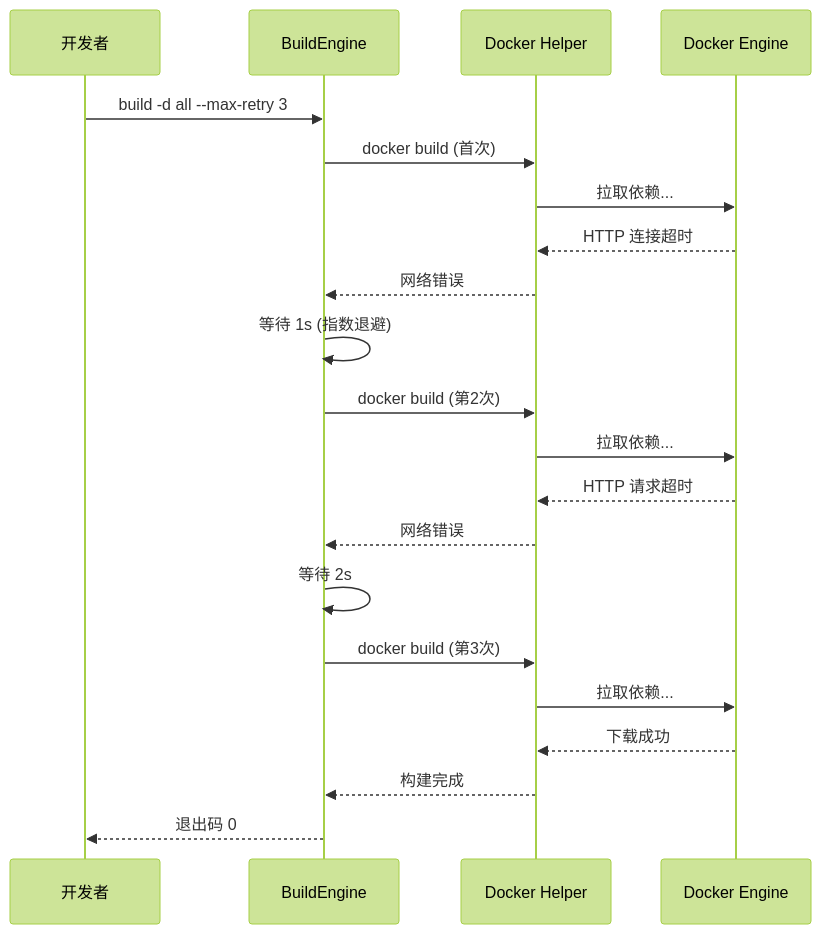
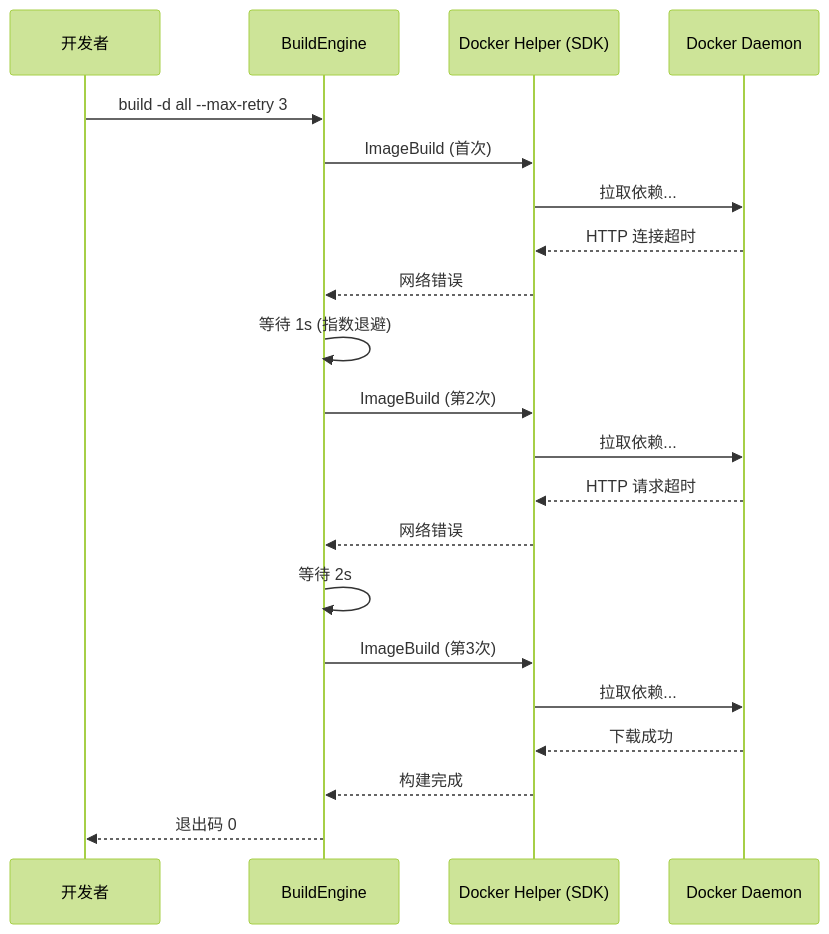
One commit to bianc2018/AgentForge changed the fourth of 23 diagrams in docs/features/agent-forge/design.md. Above: the diagram before and after it, drawn with Mermaid (forest theme). The commit also changed other lines of this file, not shown here.

First line of the commit message:
refactor: 设计文档 Docker CLI 全面迁移至 Docker SDK

````diff
--- a/docs/features/agent-forge/design.md
+++ b/docs/features/agent-forge/design.md
@@ -635,24 +635,24 @@
 ```mermaid
 sequenceDiagram
     participant Dev as 开发者
     participant BE as BuildEngine
-    participant DH as Docker Helper
-    participant DK as Docker Engine
+    participant DH as Docker Helper (SDK)
+    participant DK as Docker Daemon
 
     Dev->>BE: build -d all --max-retry 3
-    BE->>DH: docker build (首次)
+    BE->>DH: ImageBuild (首次)
     DH->>DK: 拉取依赖...
     DK-->>DH: HTTP 连接超时
     DH-->>BE: 网络错误
     BE->>BE: 等待 1s (指数退避)
-    BE->>DH: docker build (第2次)
+    BE->>DH: ImageBuild (第2次)
     DH->>DK: 拉取依赖...
     DK-->>DH: HTTP 请求超时
     DH-->>BE: 网络错误
     BE->>BE: 等待 2s
-    BE->>DH: docker build (第3次)
+    BE->>DH: ImageBuild (第3次)
     DH->>DK: 拉取依赖...
     DK-->>DH: 下载成功
     DH-->>BE: 构建完成
     BE-->>Dev: 退出码 0
 ```
````
